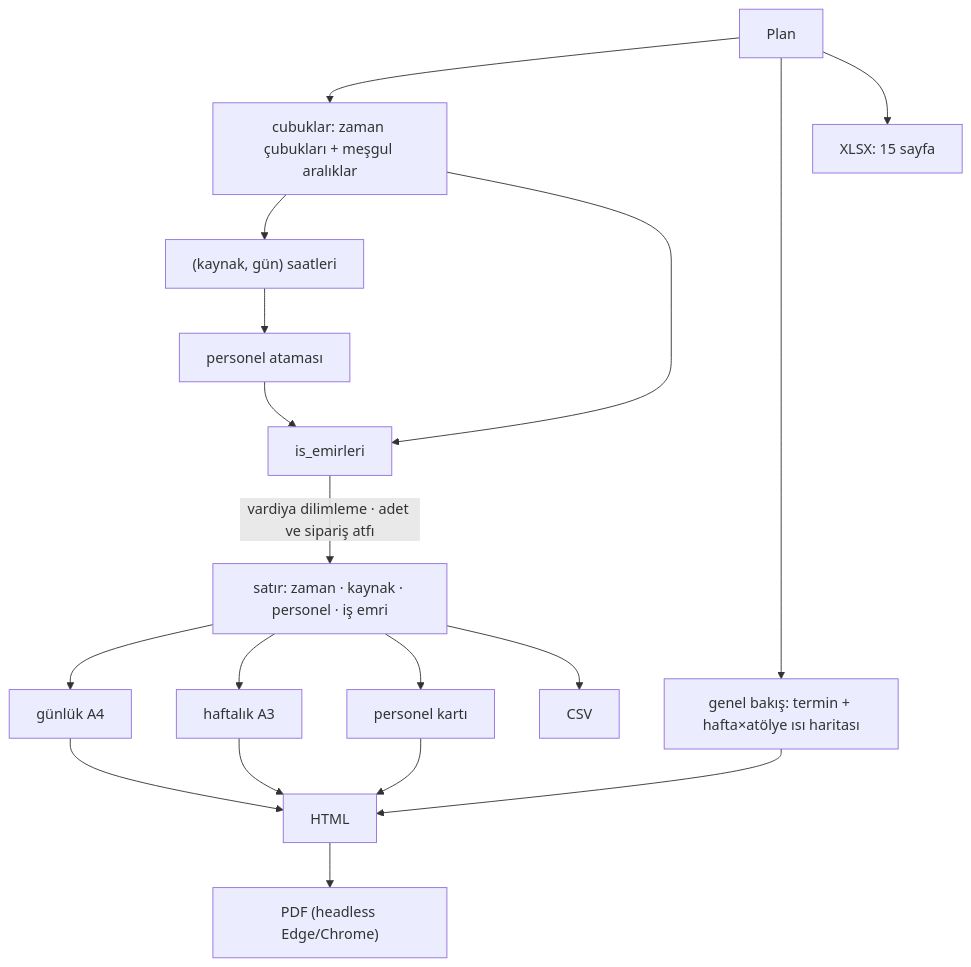
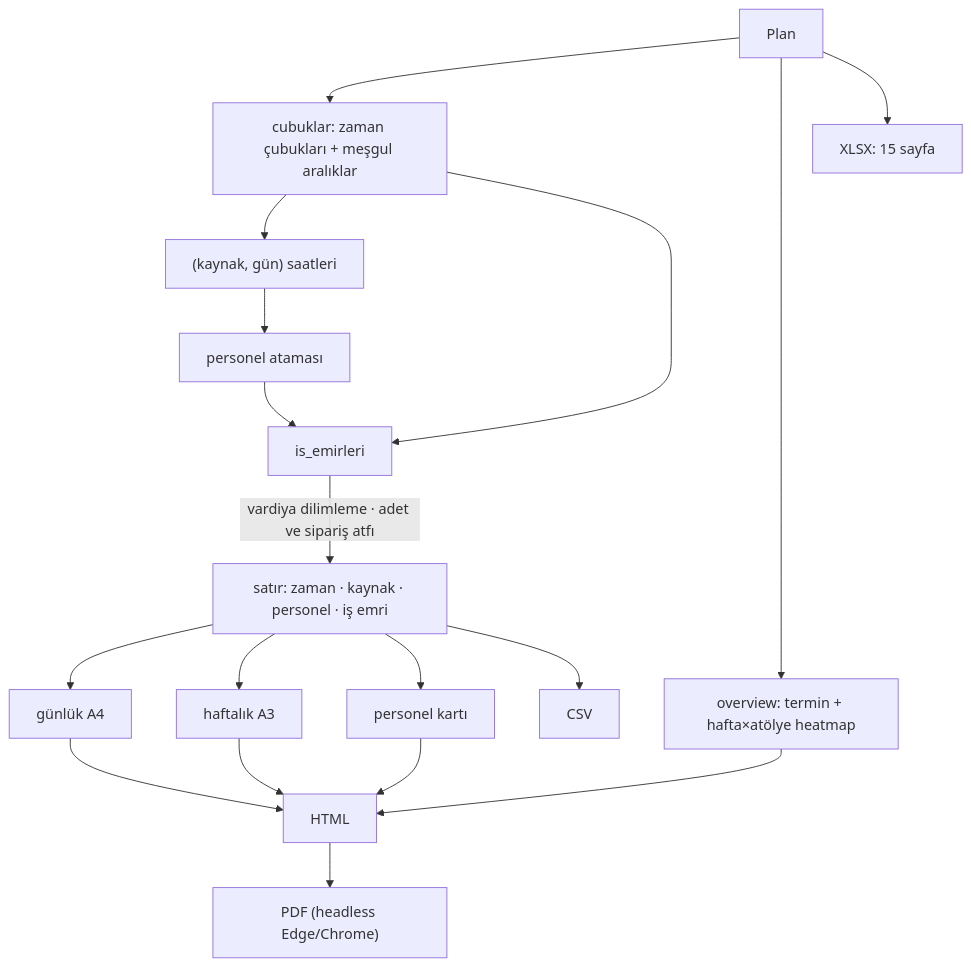
One commit to Omrndr/Uretim-Cizelgeleme-Yontemleri changed the third of 3 diagrams in belgeler/ALGORITMA.md. Above: the diagram before and after it, drawn with Mermaid. The commit also changed other lines of this file and 26 other files, not shown here.

````diff
--- a/belgeler/ALGORITMA.md
+++ b/belgeler/ALGORITMA.md
@@ -216,12 +216,12 @@
 ```mermaid
 flowchart TB
     PS[Plan] --> CB[cubuklar: zaman çubukları + meşgul aralıklar]
     CB --> KG["(kaynak, gün) saatleri"] --> PA[personel ataması]
     CB --> IE[is_emirleri]
     PA --> IE
     IE -->|"vardiya dilimleme · adet ve sipariş atfı"| SAT["satır: zaman · kaynak · personel · iş emri"]
     SAT --> G[günlük A4] & H[haftalık A3] & PK[personel kartı] & CSV[CSV]
-    PS --> GB[genel bakış: termin + hafta×atölye ısı haritası]
+    PS --> GB[overview: termin + hafta×atölye heatmap]
     PS --> XL[XLSX: 15 sayfa]
     G & H & GB & PK --> HTML --> PDF["PDF (headless Edge/Chrome)"]
 ```
````
